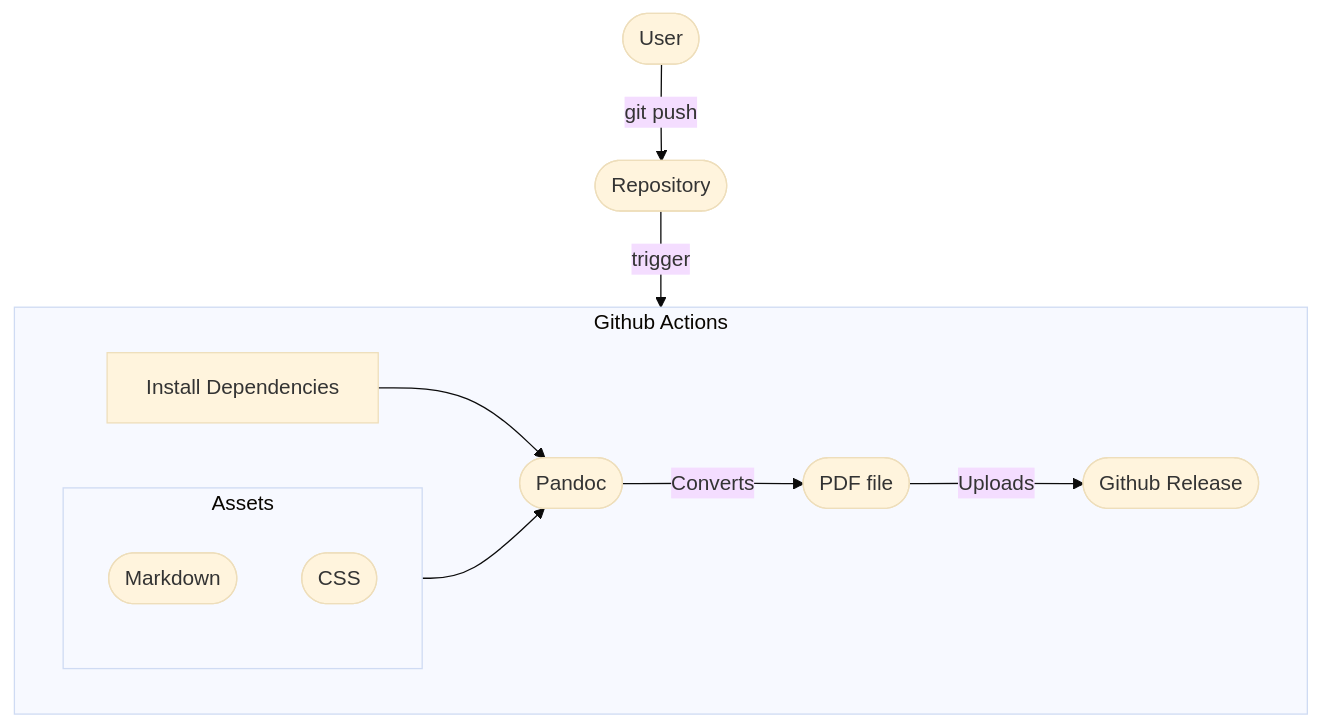
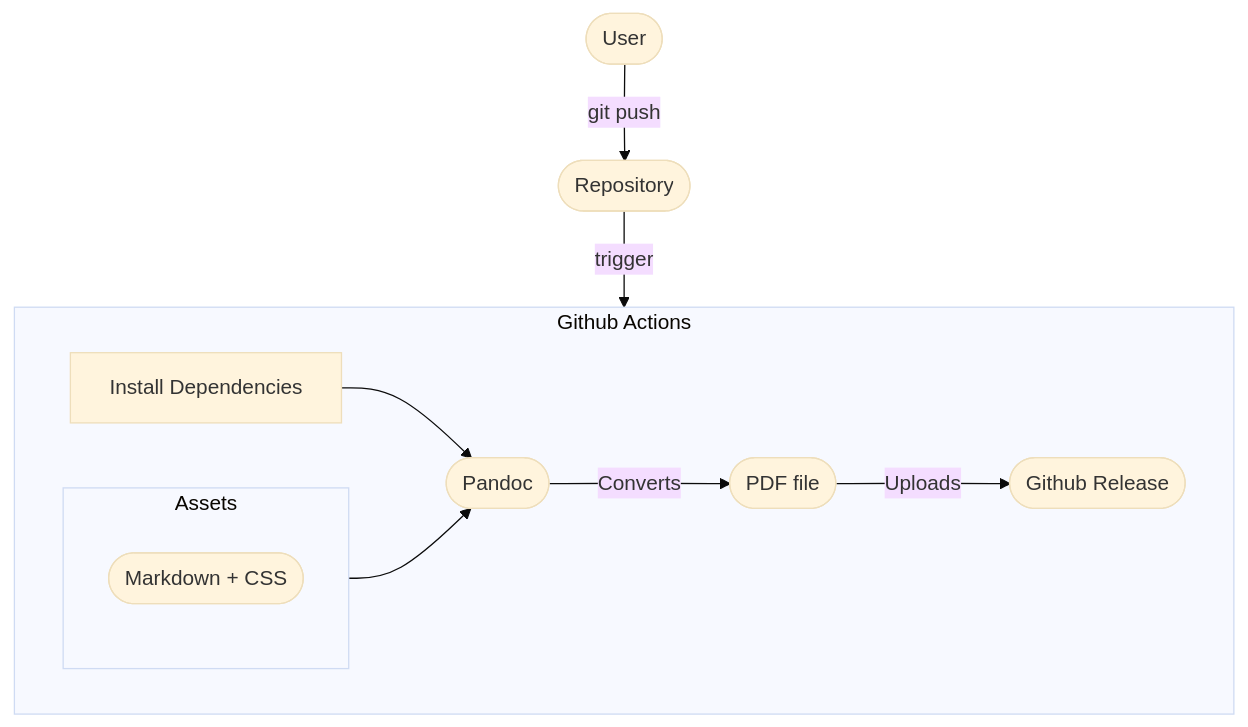
The diagram in content/blog/cicd-your-cv/index.md (ShaharNaveh/ShaharNaveh.github.io), drawn with Mermaid (base theme) before and after one commit.

````diff
--- a/content/blog/cicd-your-cv/index.md
+++ b/content/blog/cicd-your-cv/index.md
@@ -17,26 +17,25 @@
 ```mermaid
 flowchart TD
   user([User])
   repository([Repository])
   action([Github Action])
   dependencies["Install Dependencies"]
   pandoc([Pandoc])
-  markdown([Markdown])
-  css([CSS])
+  markdown_css([Markdown + CSS])
   pdf([PDF file])
   release([Github Release])
   
   subgraph action [Github Actions]
     dependencies-->pandoc
     pandoc-- Converts -->pdf
     pdf-- Uploads -->release
 
     subgraph assets [Assets]
-      markdown & css
+      markdown_css
     end
   end
 
 user-- git push -->repository
 repository-- trigger -->action
 assets-->pandoc
 ```
````
